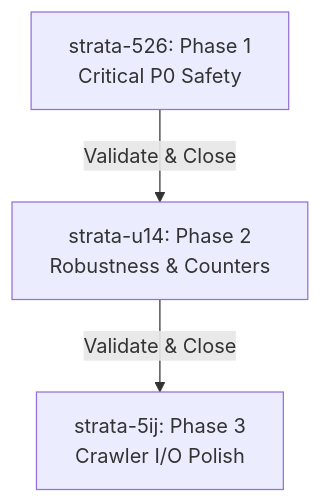
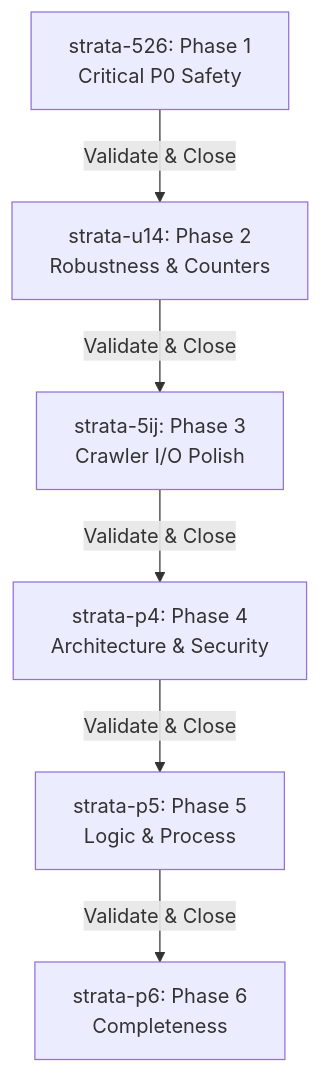
Before and after one commit to Cognilogical/NeuroStrata: the diagram in docs/remediation_plan.md, drawn with Mermaid. The commit also changed other lines of this file and 9 other files, not shown here.

````diff
--- a/docs/remediation_plan.md
+++ b/docs/remediation_plan.md
@@ -40,5 +49,8 @@
 ```mermaid
 graph TD
     Bead1[strata-526: Phase 1<br/>Critical P0 Safety] -->|Validate & Close| Bead2[strata-u14: Phase 2<br/>Robustness & Counters]
     Bead2 -->|Validate & Close| Bead3[strata-5ij: Phase 3<br/>Crawler I/O Polish]
+    Bead3 -->|Validate & Close| Bead4[strata-p4: Phase 4<br/>Architecture & Security]
+    Bead4 -->|Validate & Close| Bead5[strata-p5: Phase 5<br/>Logic & Process]
+    Bead5 -->|Validate & Close| Bead6[strata-p6: Phase 6<br/>Completeness]
 ```
````
